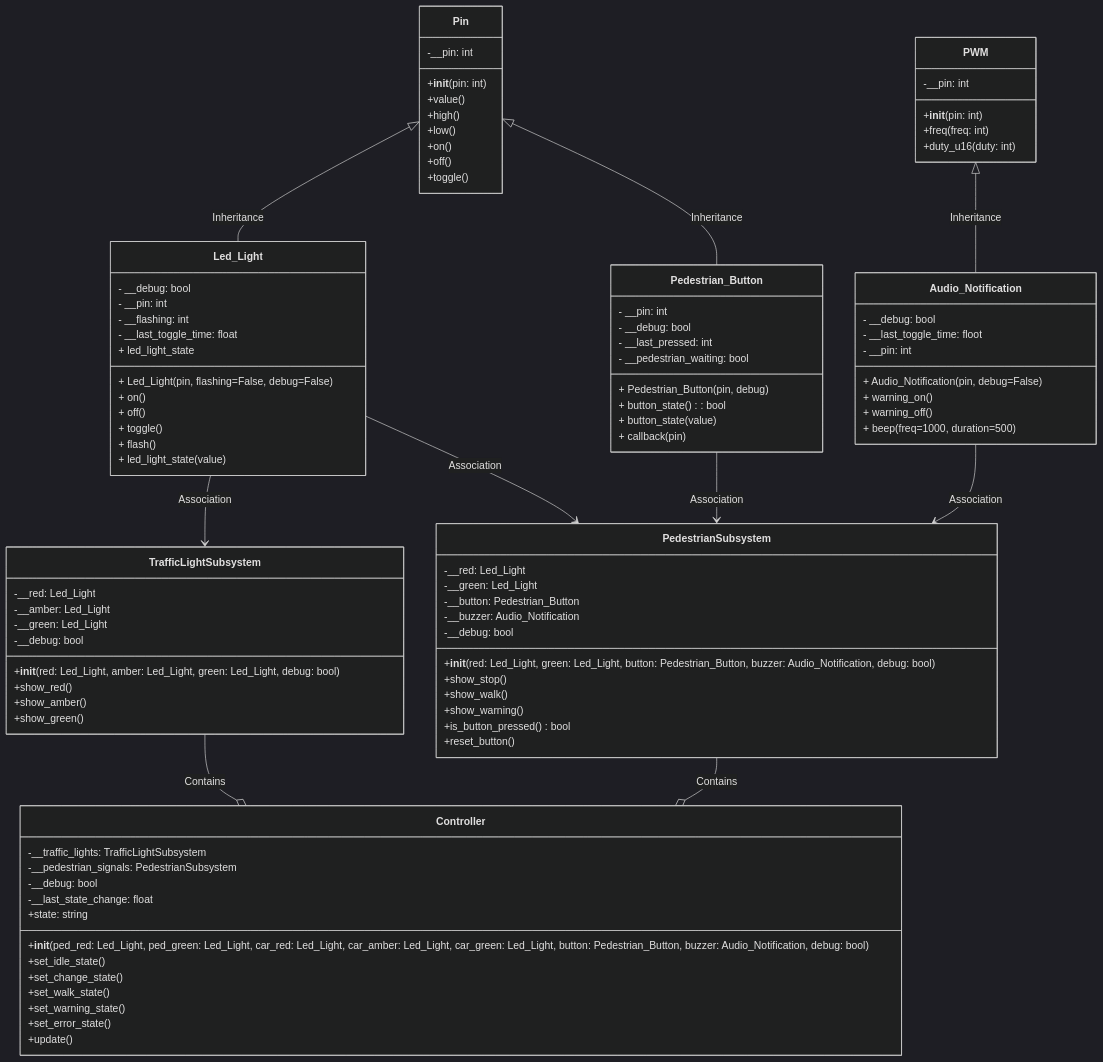
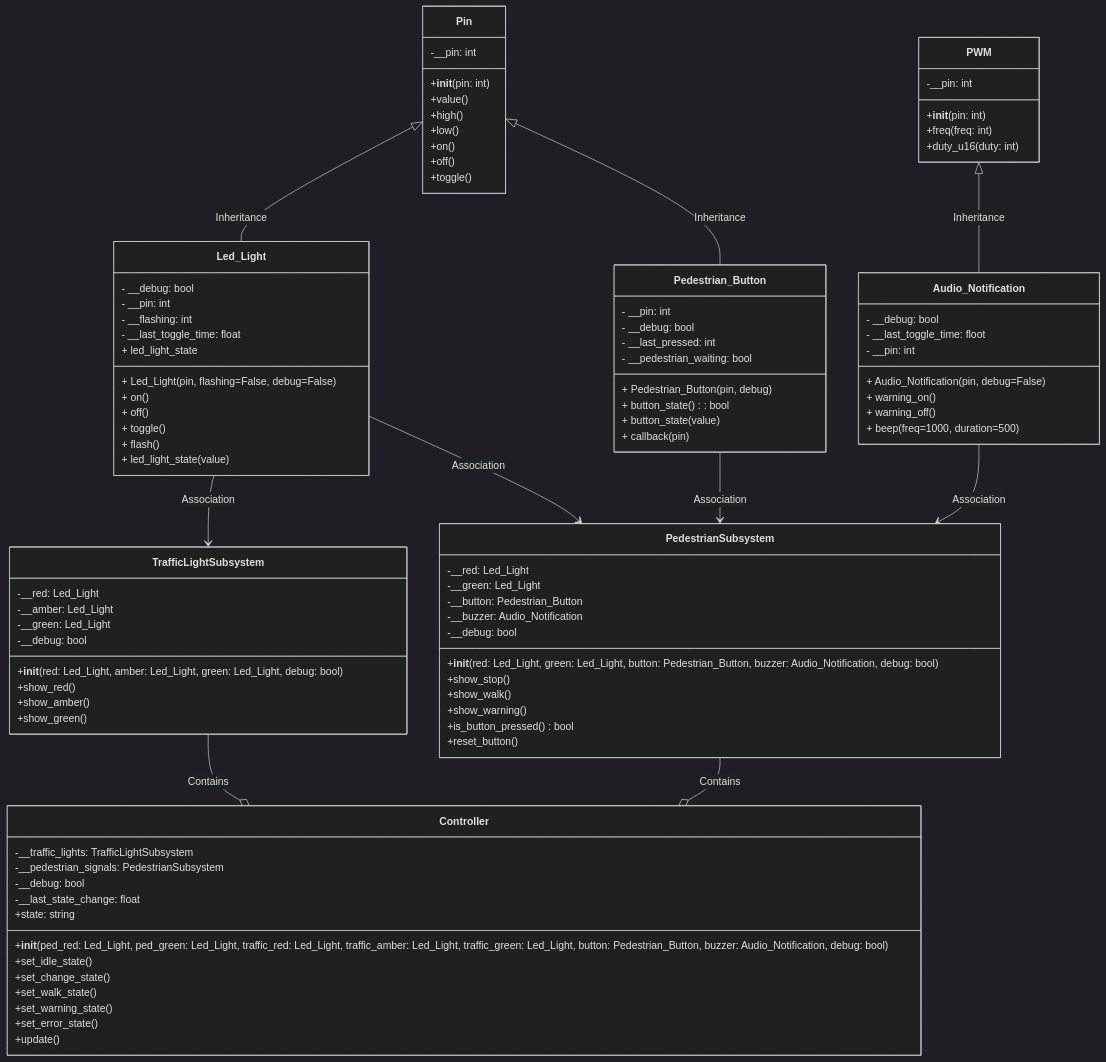
One commit to TempeHS/MicroPython_OOP_Pi_Pico_Mini_Project_Source changed the diagram in README.md. Above: the diagram before and after it, drawn with Mermaid (dark theme). The commit also changed 14 other files, not shown here.

```diff
--- a/README.md
+++ b/README.md
@@ -213,7 +213,7 @@
         -__debug: bool
         -__last_state_change: float
         +state: string
-        +__init__(ped_red: Led_Light, ped_green: Led_Light, car_red: Led_Light, car_amber: Led_Light, car_green: Led_Light, button: Pedestrian_Button, buzzer: Audio_Notification, debug: bool)
+        +__init__(ped_red: Led_Light, ped_green: Led_Light, traffic_red: Led_Light, traffic_amber: Led_Light, traffic_green: Led_Light, button: Pedestrian_Button, buzzer: Audio_Notification, debug: bool)
         +set_idle_state()
         +set_change_state()
         +set_walk_state() 
```
